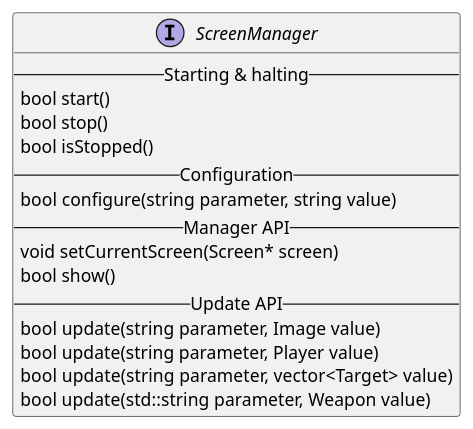
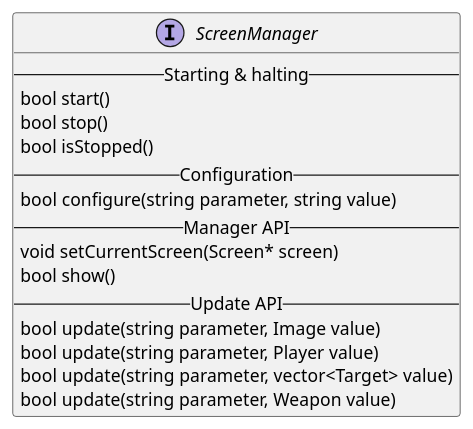
The diagram in en/user-interface-management/screen-manager.md (asrob-uc3m/robotDevastation-developer-manual), drawn with PlantUML before and after one commit. The commit also changed other lines of this file, not shown here.

Commit message:
Updates en/user-interface-management/screen-manager.md
Auto commit by GitBook Editor

```diff
--- a/en/user-interface-management/screen-manager.md
+++ b/en/user-interface-management/screen-manager.md
@@ -3,19 +3,19 @@
 {% plantuml %}
 interface ScreenManager {
 -- Starting & halting --
 bool start()
 bool stop()
 bool isStopped()       
 -- Configuration --
 bool configure(string parameter, string value)
 -- Manager API --
 void setCurrentScreen(Screen* screen)
 bool show()
 -- Update API --
 bool update(string parameter, Image value)
 bool update(string parameter, Player value)
 bool update(string parameter, vector<Target> value)
-bool update(std::string parameter, Weapon value)
+bool update(string parameter, Weapon value)
 }
 
 {% endplantuml %}
```
